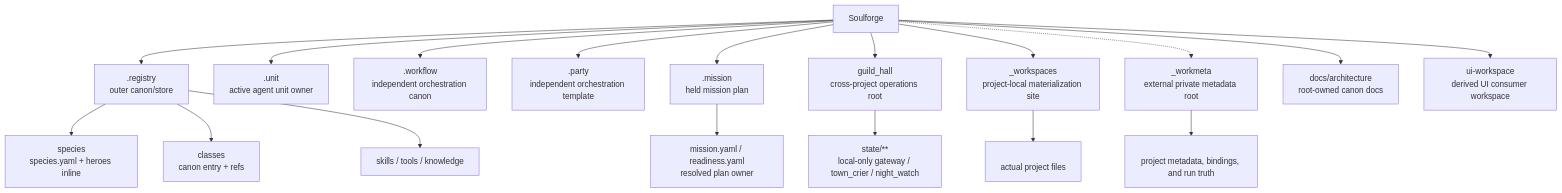
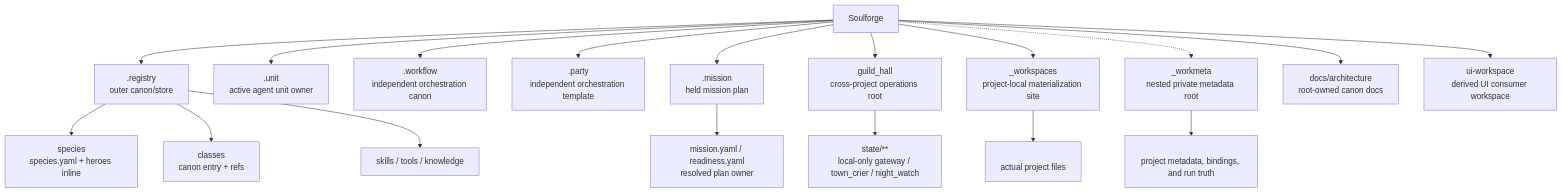
Before and after one commit to SungYongMOON/soulforge: the diagram in README.md, drawn with Mermaid. The commit also changed other lines of this file and 8 other files, not shown here.

Commit message:
workspace: _workmeta nested private repo 경로로 복귀

````diff
--- a/README.md
+++ b/README.md
@@ -19,20 +19,20 @@
 ```mermaid
 flowchart TD
   S["Soulforge"] --> R[".registry<br/>outer canon/store"]
   R --> RS["species<br/>species.yaml + heroes inline"]
   R --> RC["classes<br/>canon entry + refs"]
   R --> RK["skills / tools / knowledge"]
   S --> U[".unit<br/>active agent unit owner"]
   S --> W[".workflow<br/>independent orchestration canon"]
   S --> PT[".party<br/>independent orchestration template"]
   S --> MI[".mission<br/>held mission plan"]
   S --> GH["guild_hall<br/>cross-project operations root"]
   S --> M["_workspaces<br/>project-local materialization site"]
-  S -.-> WM["_workmeta<br/>external private metadata root"]
+  S -.-> WM["_workmeta<br/>nested private metadata root"]
   S --> D["docs/architecture<br/>root-owned canon docs"]
   S --> UI["ui-workspace<br/>derived UI consumer workspace"]
   MI --> MP["mission.yaml / readiness.yaml<br/>resolved plan owner"]
   GH --> GHS["state/**<br/>local-only gateway / town_crier / night_watch"]
   M --> PR["<project_code><br/>actual project files"]
   WM --> PA["<project_code><br/>project metadata, bindings, and run truth"]
 ```
````
